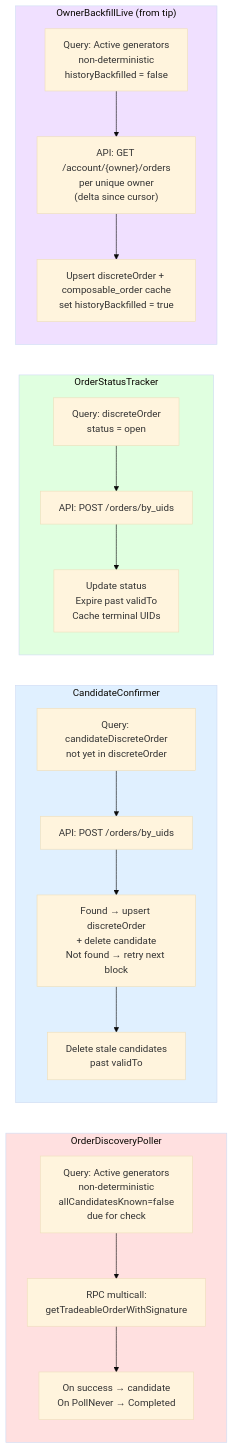
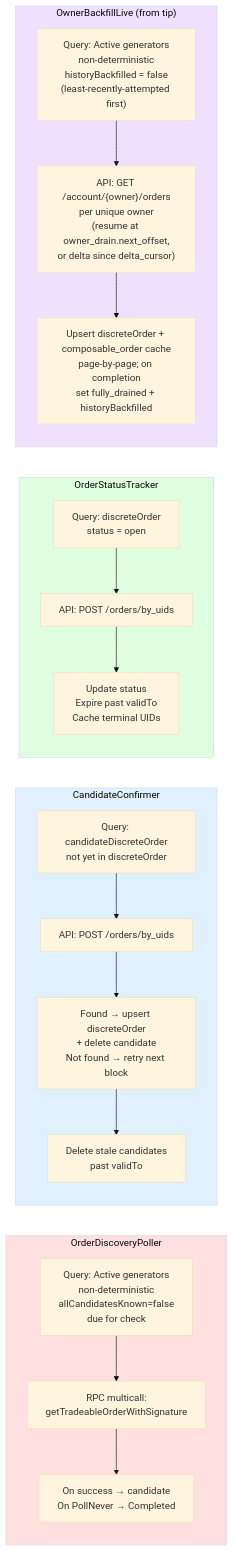
One commit to bleu/cow-programmatic-orders-api changed the third of 7 diagrams in agent_docs/orderbook-integration-flow.md. Above: the diagram before and after it, drawn with Mermaid (base theme). The commit also changed other lines of this file and 23 other files, not shown here.

First line of the commit message:
perf(backfill): concurrent, resumable owner-history drains (#117)

````diff
--- a/agent_docs/orderbook-integration-flow.md
+++ b/agent_docs/orderbook-integration-flow.md
@@ -511,40 +522,40 @@
 ```mermaid
 flowchart LR
     subgraph OrderDiscoveryPoller["OrderDiscoveryPoller"]
         direction TB
         C1Q["Query: Active generators<br/>non-deterministic<br/>allCandidatesKnown=false<br/>due for check"]
         C1M["RPC multicall:<br/>getTradeableOrderWithSignature"]
         C1R["On success → candidate<br/>On PollNever → Completed"]
         C1Q --> C1M --> C1R
     end
 
     subgraph CandidateConfirmer["CandidateConfirmer"]
         direction TB
         C2Q["Query: candidateDiscreteOrder<br/>not yet in discreteOrder"]
         C2F["API: POST /orders/by_uids"]
         C2U["Found → upsert discreteOrder<br/>+ delete candidate<br/>Not found → retry next block"]
         C2X["Delete stale candidates<br/>past validTo"]
         C2Q --> C2F --> C2U --> C2X
     end
 
     subgraph OrderStatusTracker["OrderStatusTracker"]
         direction TB
         C3Q["Query: discreteOrder<br/>status = open"]
         C3F["API: POST /orders/by_uids"]
         C3U["Update status<br/>Expire past validTo<br/>Cache terminal UIDs"]
         C3Q --> C3F --> C3U
     end
 
     subgraph OwnerBackfillLive["OwnerBackfillLive (from tip)"]
         direction TB
-        C4Q["Query: Active generators<br/>non-deterministic<br/>historyBackfilled = false"]
-        C4F["API: GET /account/{owner}/orders<br/>per unique owner<br/>(delta since cursor)"]
-        C4U["Upsert discreteOrder + composable_order cache<br/>set historyBackfilled = true"]
+        C4Q["Query: Active generators<br/>non-deterministic<br/>historyBackfilled = false<br/>(least-recently-attempted first)"]
+        C4F["API: GET /account/{owner}/orders<br/>per unique owner<br/>(resume at owner_drain.next_offset,<br/>or delta since delta_cursor)"]
+        C4U["Upsert discreteOrder + composable_order cache<br/>page-by-page; on completion<br/>set fully_drained + historyBackfilled"]
         C4Q --> C4F --> C4U
     end
 
     style OrderDiscoveryPoller fill:#ffe0e0
     style CandidateConfirmer fill:#e0f0ff
     style OrderStatusTracker fill:#e0ffe0
     style OwnerBackfillLive fill:#f0e0ff
 ```
````
